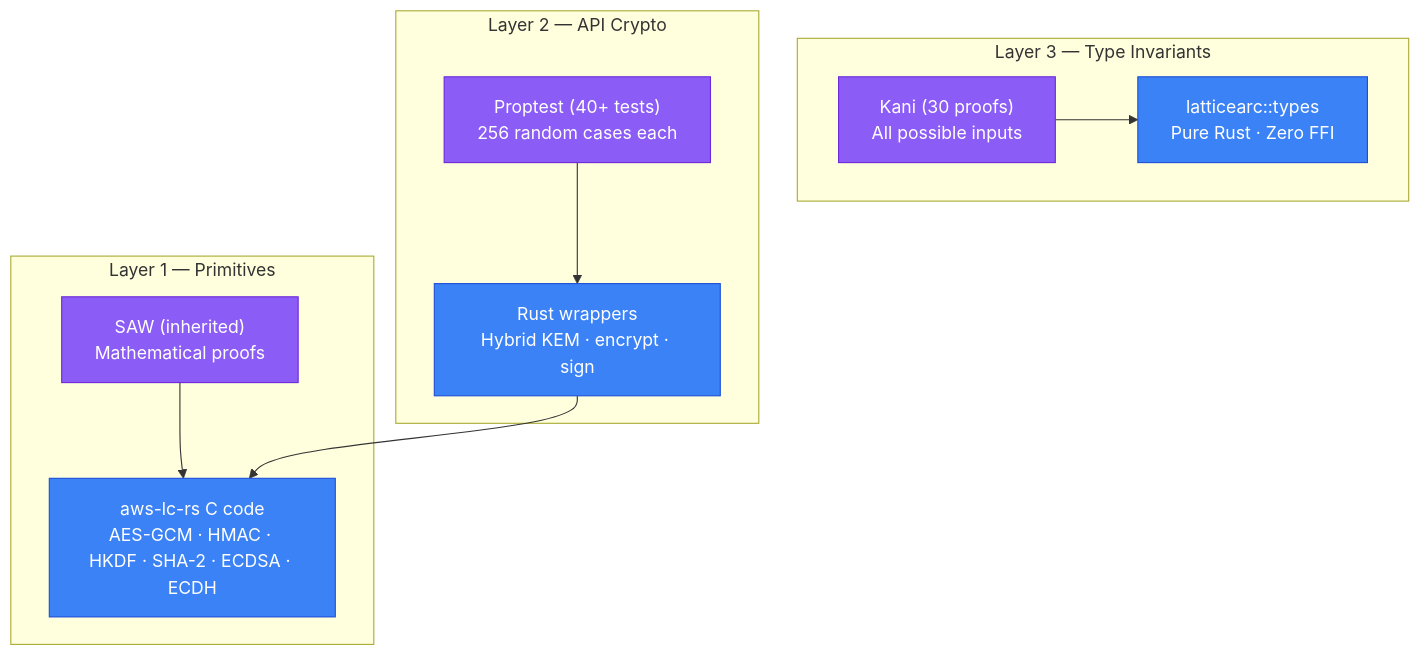
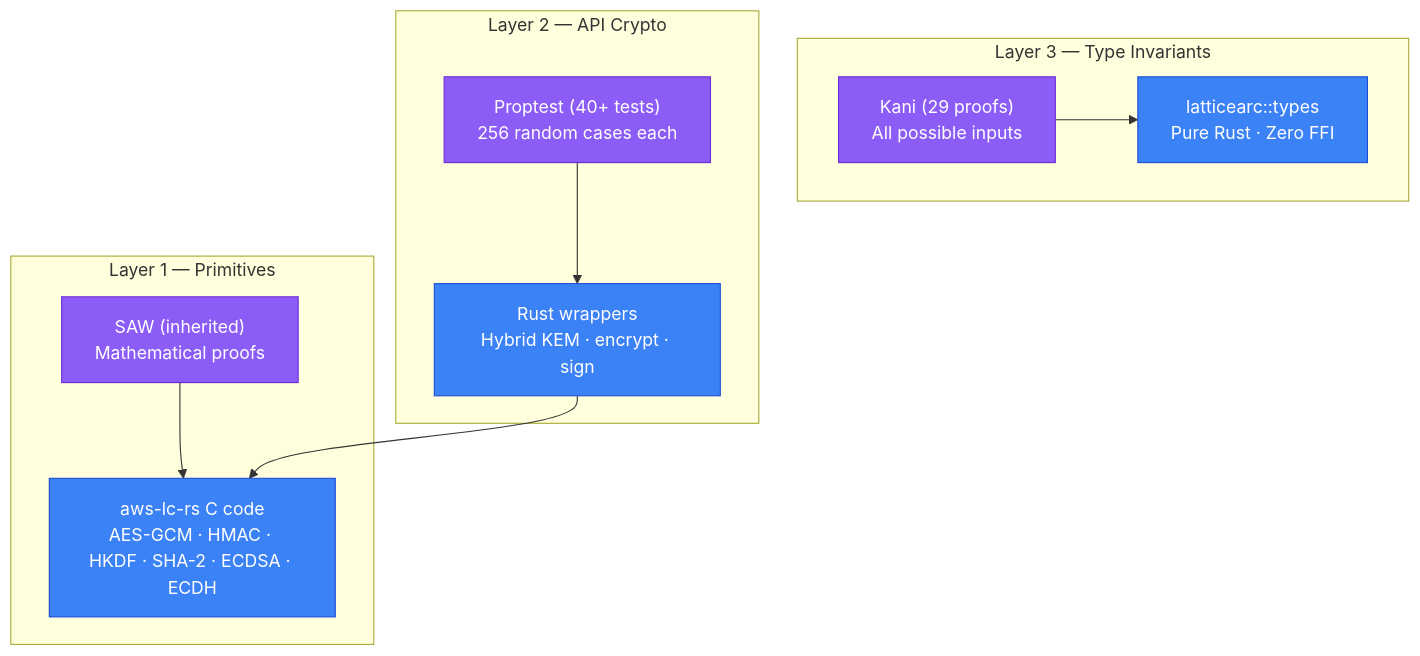
Before and after one commit to LatticeArc/latticearc: the diagram in docs/FORMAL_VERIFICATION.md, drawn with Mermaid. The commit also changed other lines of this file and 92 other files, not shown here.

````diff
--- a/docs/FORMAL_VERIFICATION.md
+++ b/docs/FORMAL_VERIFICATION.md
@@ -7,28 +7,28 @@
 ```mermaid
 flowchart TB
     subgraph "Layer 3 — Type Invariants"
-        KANI["Kani (30 proofs)\nAll possible inputs"]
+        KANI["Kani (29 proofs)\nAll possible inputs"]
         TYPES["latticearc::types\nPure Rust · Zero FFI"]
     end
 
     subgraph "Layer 2 — API Crypto"
         PROP["Proptest (40+ tests)\n256 random cases each"]
         WRAP["Rust wrappers\nHybrid KEM · encrypt · sign"]
     end
 
     subgraph "Layer 1 — Primitives"
         SAW["SAW (inherited)\nMathematical proofs"]
         AWSLC["aws-lc-rs C code\nAES-GCM · HMAC · HKDF · SHA-2 · ECDSA · ECDH"]
     end
 
     KANI --> TYPES
     PROP --> WRAP
     SAW --> AWSLC
     WRAP --> AWSLC
 
     classDef tool fill:#8b5cf6,stroke:#6d28d9,color:#fff
     classDef code fill:#3b82f6,stroke:#1d4ed8,color:#fff
 
     class KANI,PROP,SAW tool
     class TYPES,WRAP,AWSLC code
 ```
````
